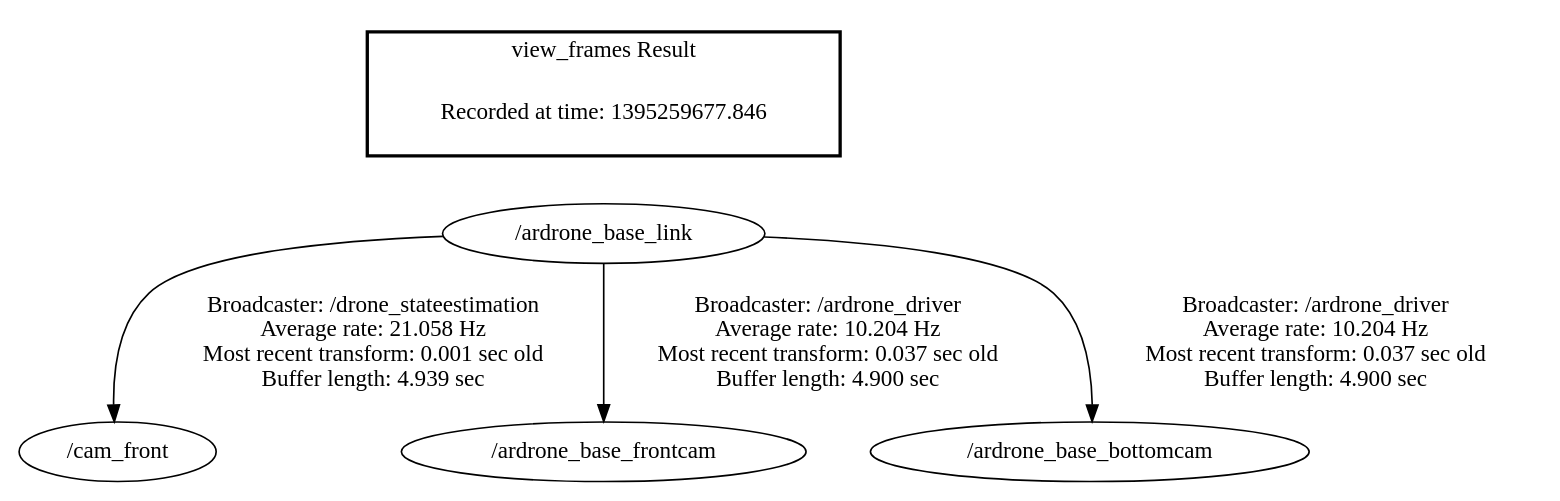
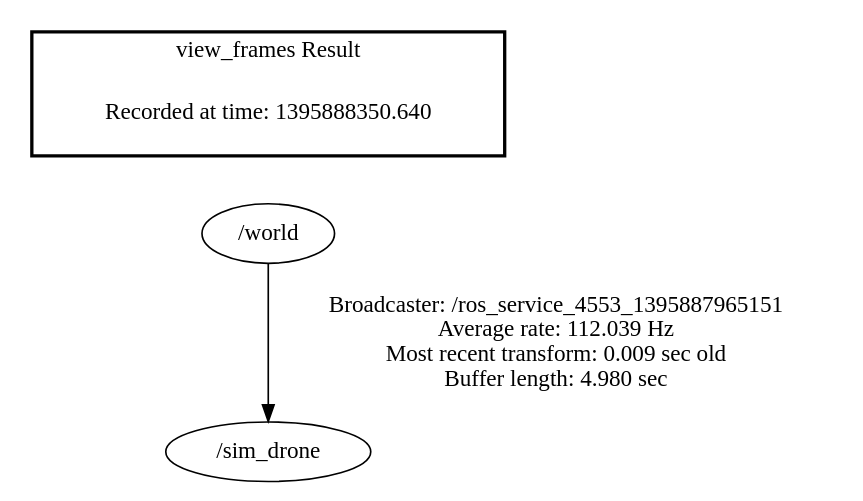
Before and after one commit to dgitz/icarus_drone_server: the diagram in frames.gv, drawn with Graphviz. The commit also changed 4 other files, not shown here.

```diff
--- a/frames.gv
+++ b/frames.gv
@@ -1,9 +1,7 @@
 digraph G {
-"/ardrone_base_link" -> "/cam_front"[label="Broadcaster: /drone_stateestimation\nAverage rate: 21.058 Hz\nMost recent transform: 0.001 sec old \nBuffer length: 4.939 sec\n"];
-"/ardrone_base_link" -> "/ardrone_base_frontcam"[label="Broadcaster: /ardrone_driver\nAverage rate: 10.204 Hz\nMost recent transform: 0.037 sec old \nBuffer length: 4.900 sec\n"];
-"/ardrone_base_link" -> "/ardrone_base_bottomcam"[label="Broadcaster: /ardrone_driver\nAverage rate: 10.204 Hz\nMost recent transform: 0.037 sec old \nBuffer length: 4.900 sec\n"];
+"/world" -> "/sim_drone"[label="Broadcaster: /ros_service_4553_1395887965151\nAverage rate: 112.039 Hz\nMost recent transform: 0.009 sec old \nBuffer length: 4.980 sec\n"];
 edge [style=invis];
  subgraph cluster_legend { style=bold; color=black; label ="view_frames Result";
-"Recorded at time: 1395259677.846"[ shape=plaintext ] ;
- }->"/ardrone_base_link";
+"Recorded at time: 1395888350.640"[ shape=plaintext ] ;
+ }->"/world";
 }
```
